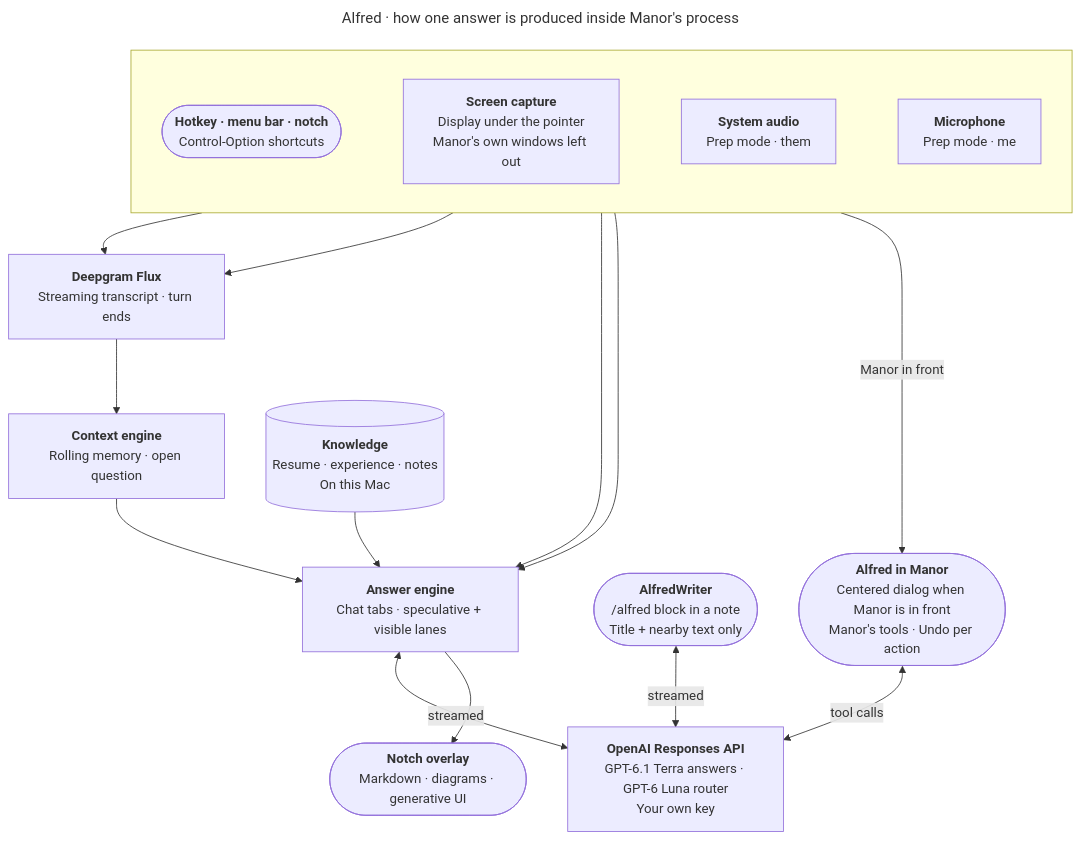
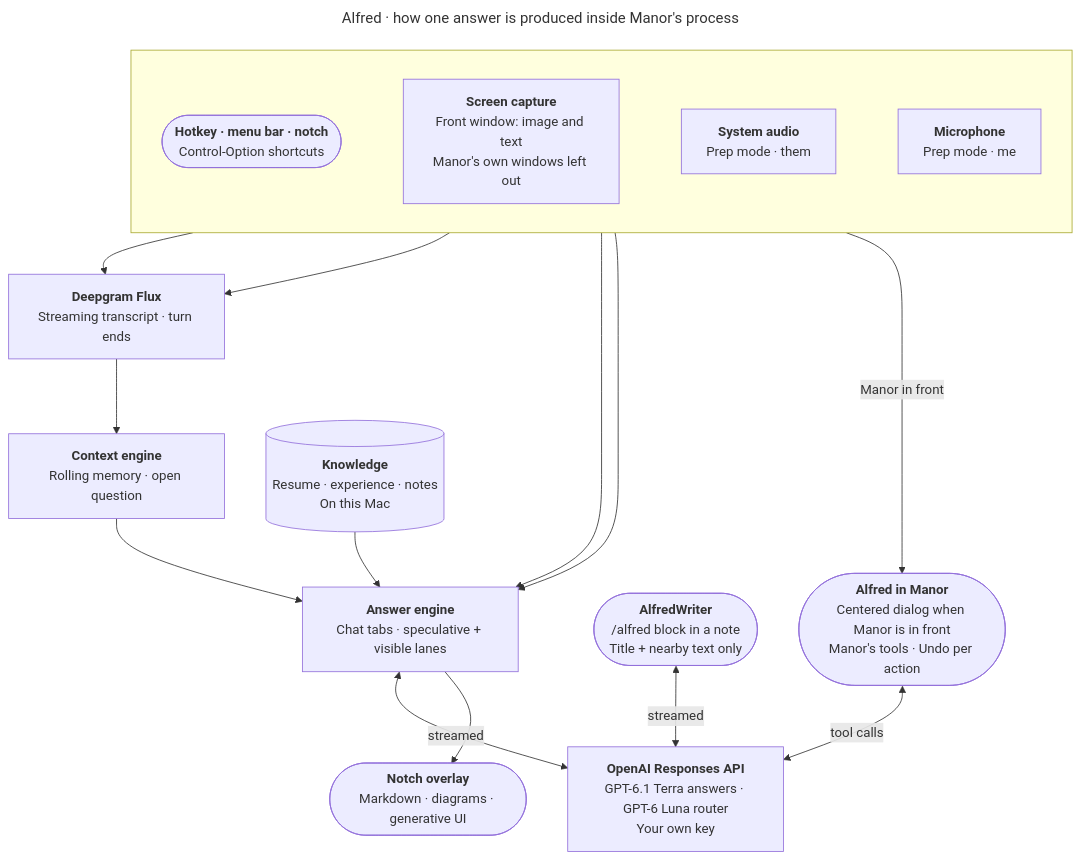
One commit to rithm84/Manor changed the diagram in docs/diagrams/pele/alfred-runtime.mmd. Above: the diagram before and after it, drawn with Mermaid. The commit also changed 4 other files, not shown here.

First line of the commit message:
Document Alfred's window capture and text reading

```diff
--- a/docs/diagrams/pele/alfred-runtime.mmd
+++ b/docs/diagrams/pele/alfred-runtime.mmd
@@ -1,49 +1,49 @@
 ---
 title: Alfred · how one answer is produced inside Manor's process
 ---
 flowchart TB
   subgraph row_in [" "]
     direction LR
     hotkey(["`**Hotkey · menu bar · notch**
     Control-Option shortcuts`"]):::people
     screen["`**Screen capture**
-    Display under the pointer
+    Front window: image and text
     Manor's own windows left out`"]:::app
     sys["`**System audio**
     Prep mode · them`"]:::app
     mic["`**Microphone**
     Prep mode · me`"]:::app
     hotkey ~~~ screen ~~~ sys ~~~ mic
   end
   flux["`**Deepgram Flux**
   Streaming transcript · turn ends`"]:::external
   context["`**Context engine**
   Rolling memory · open question`"]:::agent
   knowledge[("`**Knowledge**
   Resume · experience · notes
   On this Mac`")]:::local
   answer["`**Answer engine**
   Chat tabs · speculative + visible lanes`"]:::agent
   model["`**OpenAI Responses API**
   GPT-6.1 Terra answers · GPT-6 Luna router
   Your own key`"]:::external
   overlay(["`**Notch overlay**
   Markdown · diagrams · generative UI`"]):::app
   writer(["`**AlfredWriter**
   /alfred block in a note
   Title + nearby text only`"]):::app
   assistant(["`**Alfred in Manor**
   Centered dialog when Manor is in front
   Manor's tools · Undo per action`"]):::app
 
   sys --> flux
   mic --> flux
   flux --> context --> answer
   hotkey --> answer
   screen --> answer
   knowledge --> answer
   answer <-->|streamed| model
   answer --> overlay
   writer <-->|streamed| model
   hotkey -->|Manor in front| assistant
   assistant <-->|tool calls| model
```
